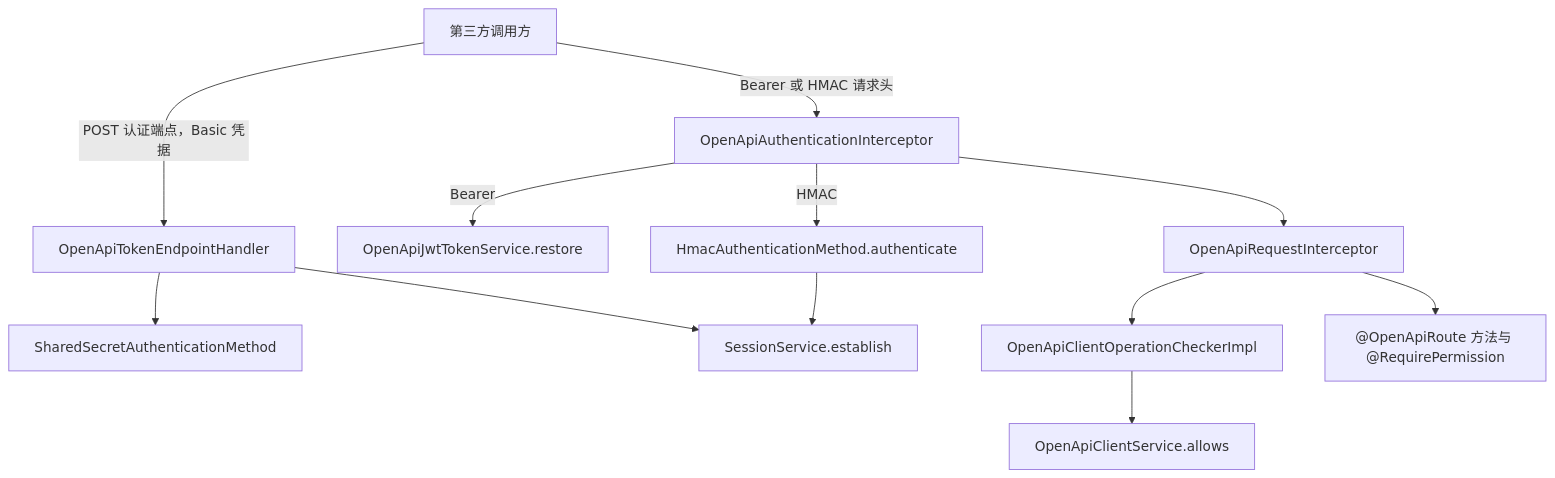
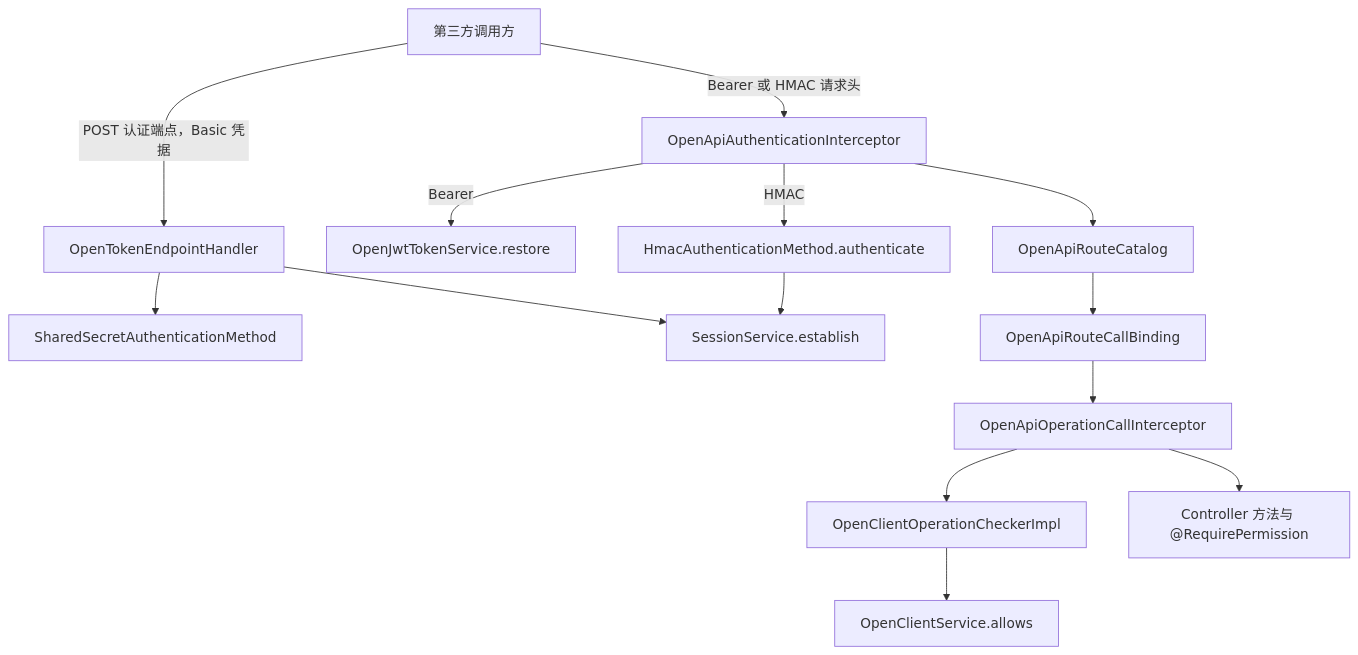
The diagram in docs/capabilities/identity-access/openapi-client.md (SH-XiaoXiu/sca4d-j), drawn with Mermaid before and after one commit. The commit also changed other lines of this file and 326 other files, not shown here.

Commit message:
feat(open): 增加 GraphQL 开放接口并解耦 OpenAPI 路由

````diff
--- a/docs/capabilities/identity-access/openapi-client.md
+++ b/docs/capabilities/identity-access/openapi-client.md
@@ -26,14 +28,16 @@
 ```mermaid
 flowchart TD
-    Caller["第三方调用方"] -->|"POST 认证端点，Basic 凭据"| TokenHandler["OpenApiTokenEndpointHandler"]
+    Caller["第三方调用方"] -->|"POST 认证端点，Basic 凭据"| TokenHandler["OpenTokenEndpointHandler"]
     TokenHandler --> SharedSecret["SharedSecretAuthenticationMethod"]
     TokenHandler --> Establish["SessionService.establish"]
     Caller -->|"Bearer 或 HMAC 请求头"| AuthInterceptor["OpenApiAuthenticationInterceptor"]
-    AuthInterceptor -->|"Bearer"| Restore["OpenApiJwtTokenService.restore"]
+    AuthInterceptor -->|"Bearer"| Restore["OpenJwtTokenService.restore"]
     AuthInterceptor -->|"HMAC"| Hmac["HmacAuthenticationMethod.authenticate"]
     Hmac --> Establish
-    AuthInterceptor --> RequestInterceptor["OpenApiRequestInterceptor"]
-    RequestInterceptor --> Checker["OpenApiClientOperationCheckerImpl"]
-    Checker --> Clients["OpenApiClientService.allows"]
-    RequestInterceptor --> Controller["@OpenApiRoute 方法与 @RequirePermission"]
+    AuthInterceptor --> Catalog["OpenApiRouteCatalog"]
+    Catalog --> CallBinding["OpenApiRouteCallBinding"]
+    CallBinding --> OperationCall["OpenApiOperationCallInterceptor"]
+    OperationCall --> Checker["OpenClientOperationCheckerImpl"]
+    Checker --> Clients["OpenClientService.allows"]
+    OperationCall --> Controller["Controller 方法与 @RequirePermission"]
 ```
````
